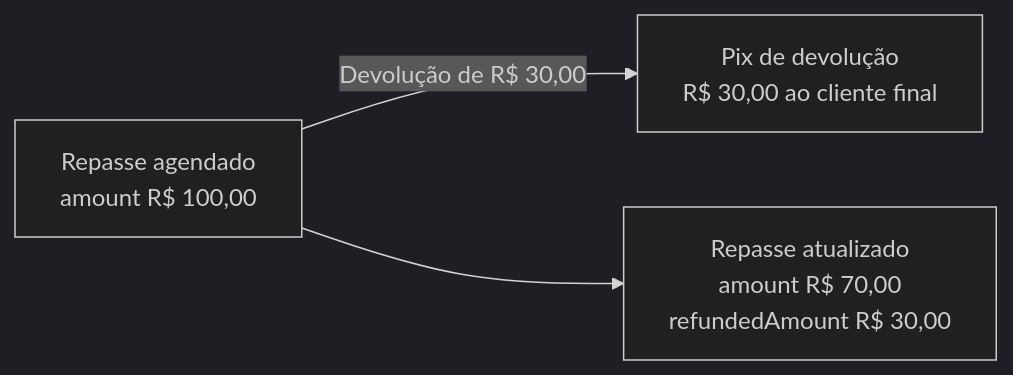
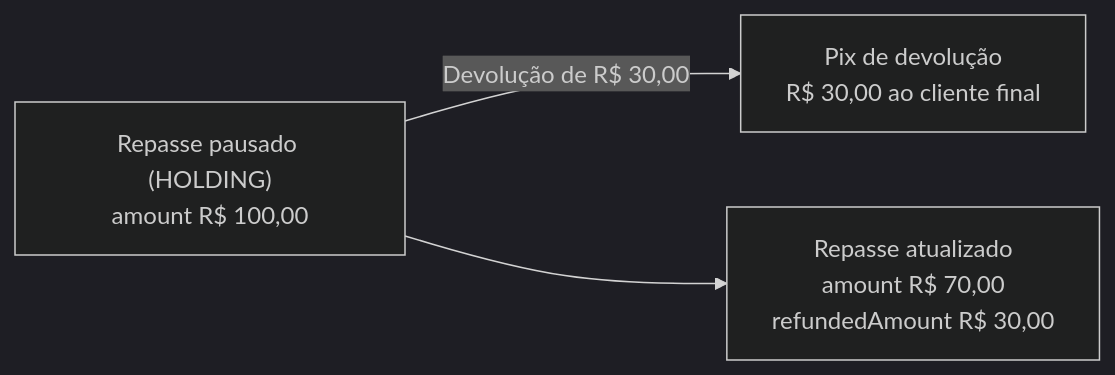
The diagram in api-reference/split-pagamentos/devolver-repasse.mdx (tech-andrade/docs), drawn with Mermaid (dark theme) before and after one commit. The commit also changed other lines of this file and 8 other files, not shown here.

First line of the commit message:
docs: página de status do repasse e devolução só em HOLDING

````diff
--- a/api-reference/split-pagamentos/devolver-repasse.mdx
+++ b/api-reference/split-pagamentos/devolver-repasse.mdx
@@ -19,5 +19,5 @@
 ```mermaid
 flowchart LR
-    A["Repasse agendado<br/>amount R$ 100,00"] -->|"Devolução de R$ 30,00"| B["Pix de devolução<br/>R$ 30,00 ao cliente final"]
+    A["Repasse pausado (HOLDING)<br/>amount R$ 100,00"] -->|"Devolução de R$ 30,00"| B["Pix de devolução<br/>R$ 30,00 ao cliente final"]
     A --> C["Repasse atualizado<br/>amount R$ 70,00<br/>refundedAmount R$ 30,00"]
 ```
````
